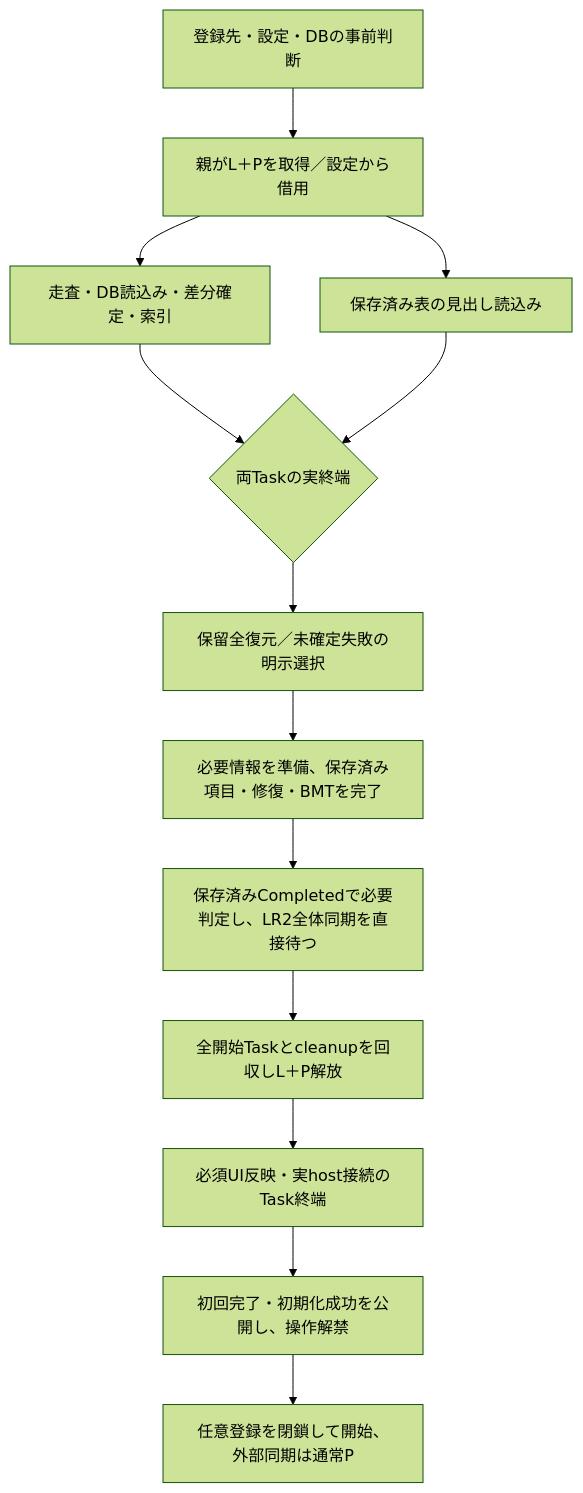
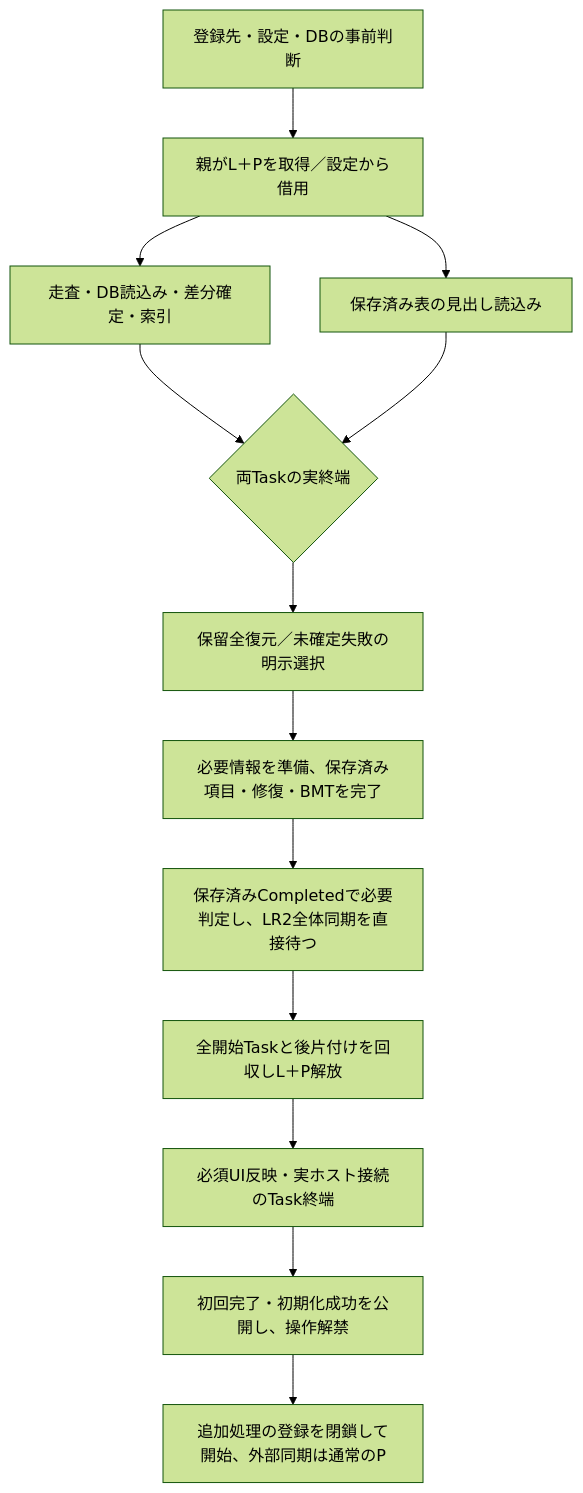
One commit to Neeted/bemusicseeker-unofficial-fork changed the first of 2 diagrams in devdocs/spec/runtime/startup.md. Above: the diagram before and after it, drawn with Mermaid (forest theme). The commit also changed other lines of this file and 106 other files, not shown here.

````diff
--- a/devdocs/spec/runtime/startup.md
+++ b/devdocs/spec/runtime/startup.md
@@ -78,15 +173,15 @@
 ```mermaid
 flowchart TB
     Prepare["登録先・設定・DBの事前判断"] --> Parent["親がL＋Pを取得／設定から借用"]
     Parent --> Files["走査・DB読込み・差分確定・索引"]
     Parent --> Headers["保存済み表の見出し読込み"]
     Files --> Join{"両Taskの実終端"}
     Headers --> Join
     Join --> Pending["保留全復元／未確定失敗の明示選択"]
     Pending --> Outputs["必要情報を準備、保存済み項目・修復・BMTを完了"]
     Outputs --> Lr2["保存済みCompletedで必要判定し、LR2全体同期を直接待つ"]
-    Lr2 --> Release["全開始Taskとcleanupを回収しL＋P解放"]
-    Release --> Ui["必須UI反映・実host接続のTask終端"]
+    Lr2 --> Release["全開始Taskと後片付けを回収しL＋P解放"]
+    Release --> Ui["必須UI反映・実ホスト接続のTask終端"]
     Ui --> Operable["初回完了・初期化成功を公開し、操作解禁"]
-    Operable --> Followup["任意登録を閉鎖して開始、外部同期は通常P"]
+    Operable --> Followup["追加処理の登録を閉鎖して開始、外部同期は通常のP"]
 ```
````
